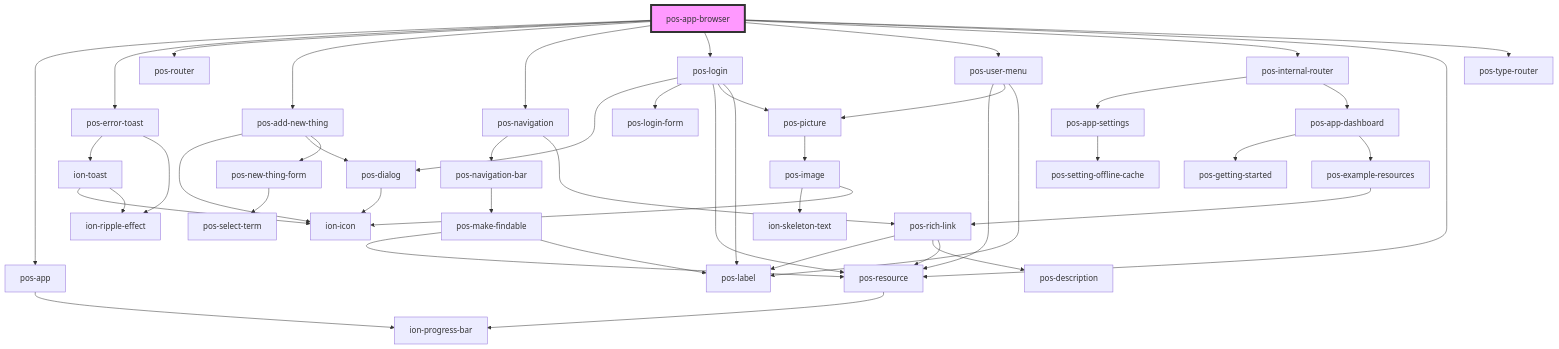
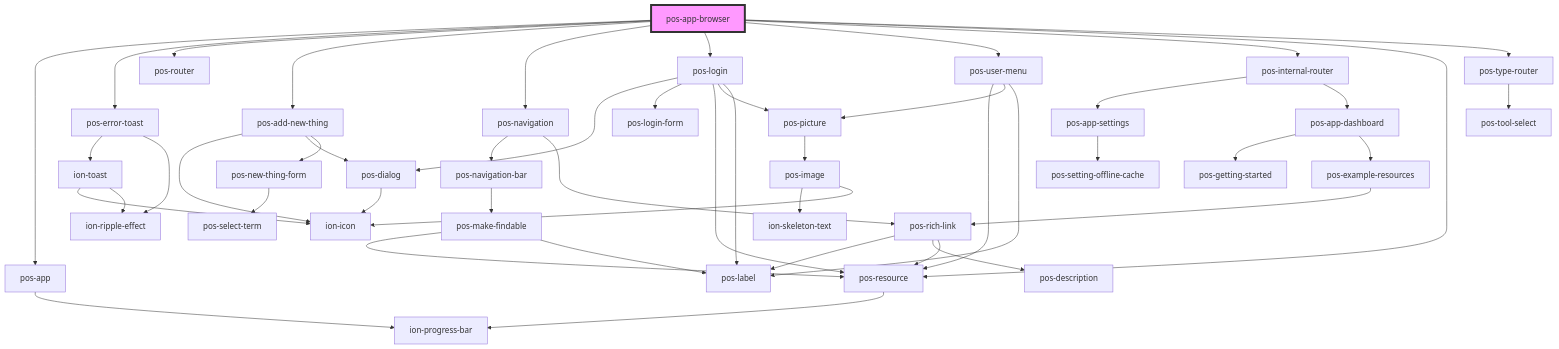
Before and after one commit to pod-os/PodOS: the diagram in docs/elements/apps/pos-app-browser/readme.md, drawn with Mermaid. The commit also changed 8 other files, not shown here.

````diff
--- a/docs/elements/apps/pos-app-browser/readme.md
+++ b/docs/elements/apps/pos-app-browser/readme.md
@@ -32,50 +32,51 @@
 ```mermaid
 graph TD;
   pos-app-browser --> pos-app
   pos-app-browser --> pos-error-toast
   pos-app-browser --> pos-router
   pos-app-browser --> pos-add-new-thing
   pos-app-browser --> pos-navigation
   pos-app-browser --> pos-login
   pos-app-browser --> pos-user-menu
   pos-app-browser --> pos-internal-router
   pos-app-browser --> pos-resource
   pos-app-browser --> pos-type-router
   pos-app --> ion-progress-bar
   pos-error-toast --> ion-toast
   pos-error-toast --> ion-ripple-effect
   ion-toast --> ion-icon
   ion-toast --> ion-ripple-effect
   pos-add-new-thing --> ion-icon
   pos-add-new-thing --> pos-dialog
   pos-add-new-thing --> pos-new-thing-form
   pos-dialog --> ion-icon
   pos-new-thing-form --> pos-select-term
   pos-navigation --> pos-navigation-bar
   pos-navigation --> pos-rich-link
   pos-navigation-bar --> pos-make-findable
   pos-make-findable --> pos-resource
   pos-make-findable --> pos-label
   pos-resource --> ion-progress-bar
   pos-rich-link --> pos-label
   pos-rich-link --> pos-description
   pos-rich-link --> pos-resource
   pos-login --> pos-dialog
   pos-login --> pos-login-form
   pos-login --> pos-resource
   pos-login --> pos-picture
   pos-login --> pos-label
   pos-picture --> pos-image
   pos-image --> ion-skeleton-text
   pos-image --> ion-icon
   pos-user-menu --> pos-resource
   pos-user-menu --> pos-picture
   pos-user-menu --> pos-label
   pos-internal-router --> pos-app-settings
   pos-internal-router --> pos-app-dashboard
   pos-app-settings --> pos-setting-offline-cache
   pos-app-dashboard --> pos-getting-started
   pos-app-dashboard --> pos-example-resources
   pos-example-resources --> pos-rich-link
+  pos-type-router --> pos-tool-select
   style pos-app-browser fill:#f9f,stroke:#333,stroke-width:4px
 ```
````
